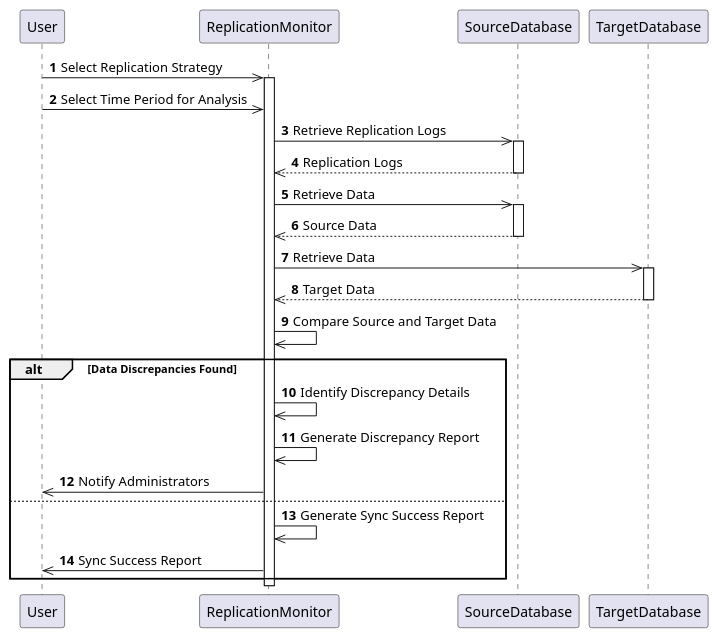
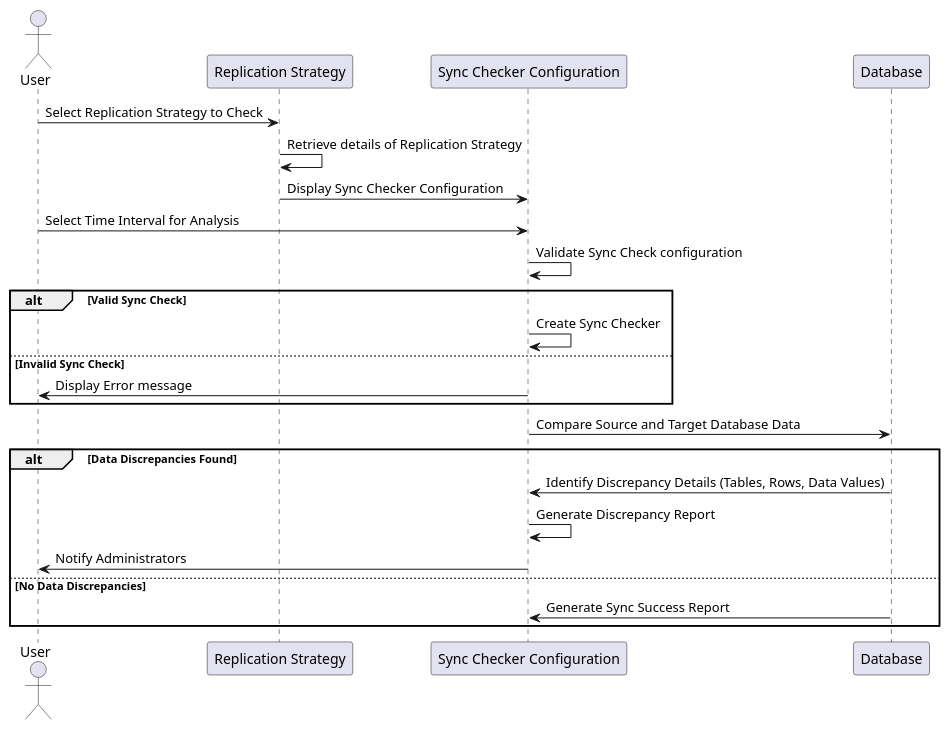
One commit to adam-omah/Final-Year-Project-Documents changed the diagram in PlantUML/SequenceDiagrams/ReplicationSyncChecking_Sequence.puml. Above: the diagram before and after it, drawn with PlantUML. The commit also changed 18 other files, not shown here.

```diff
--- a/PlantUML/SequenceDiagrams/ReplicationSyncChecking_Sequence.puml
+++ b/PlantUML/SequenceDiagrams/ReplicationSyncChecking_Sequence.puml
@@ -1,43 +1,27 @@
 @startuml
-'https://plantuml.com/sequence-diagram
 
-autonumber
+actor User
+participant "Replication Strategy" as replicationStrategy
+participant "Sync Checker Configuration" as syncChecker
+participant "Database" as db
 
-participant User
-participant ReplicationMonitor
-participant SourceDatabase
-participant TargetDatabase
-
-User->>ReplicationMonitor: Select Replication Strategy
-activate ReplicationMonitor
-
-User->>ReplicationMonitor: Select Time Period for Analysis
-
-ReplicationMonitor->>SourceDatabase: Retrieve Replication Logs
-activate SourceDatabase
-SourceDatabase-->>ReplicationMonitor: Replication Logs
-deactivate SourceDatabase
-
-ReplicationMonitor->>SourceDatabase: Retrieve Data
-activate SourceDatabase
-SourceDatabase-->>ReplicationMonitor: Source Data
-deactivate SourceDatabase
-
-ReplicationMonitor->>TargetDatabase: Retrieve Data
-activate TargetDatabase
-TargetDatabase-->>ReplicationMonitor: Target Data
-deactivate TargetDatabase
-
-ReplicationMonitor->>ReplicationMonitor: Compare Source and Target Data
-
+User -> replicationStrategy : Select Replication Strategy to Check
+replicationStrategy -> replicationStrategy : Retrieve details of Replication Strategy
+replicationStrategy -> syncChecker : Display Sync Checker Configuration
+User -> syncChecker : Select Time Interval for Analysis
+syncChecker -> syncChecker : Validate Sync Check configuration
+alt Valid Sync Check
+    syncChecker -> syncChecker : Create Sync Checker
+else Invalid Sync Check
+    syncChecker -> User : Display Error message
+end
+syncChecker -> db : Compare Source and Target Database Data
 alt Data Discrepancies Found
-    ReplicationMonitor->>ReplicationMonitor: Identify Discrepancy Details
-    ReplicationMonitor->>ReplicationMonitor: Generate Discrepancy Report
-    ReplicationMonitor->>User: Notify Administrators
-else
-    ReplicationMonitor->>ReplicationMonitor: Generate Sync Success Report
-    ReplicationMonitor->>User: Sync Success Report
+    db -> syncChecker : Identify Discrepancy Details (Tables, Rows, Data Values)
+    syncChecker -> syncChecker : Generate Discrepancy Report
+    syncChecker -> User : Notify Administrators
+else No Data Discrepancies
+    db -> syncChecker : Generate Sync Success Report
 end
 
-deactivate ReplicationMonitor
 @enduml
```
